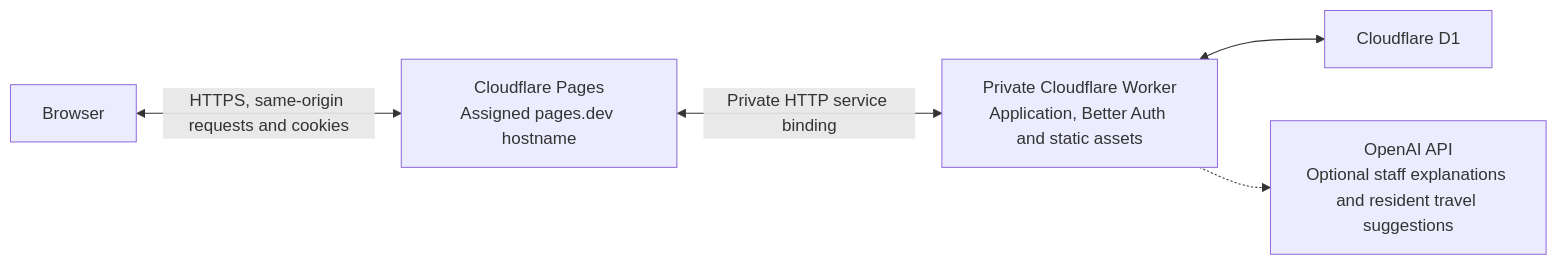
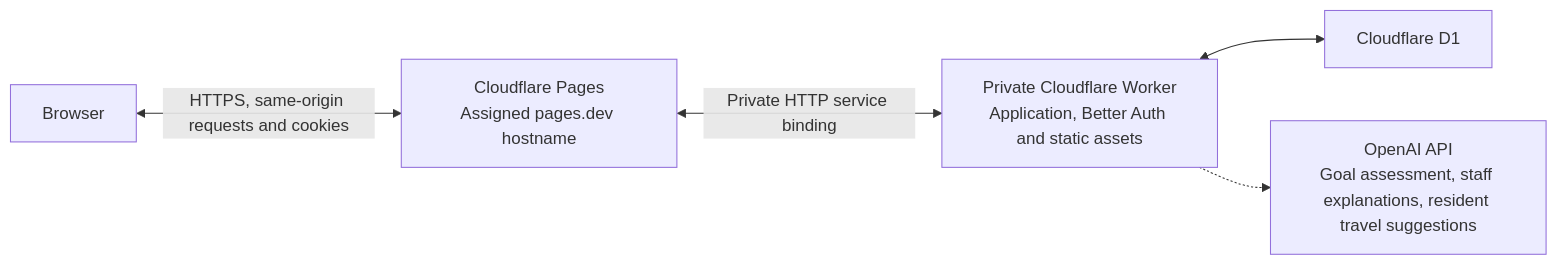
The diagram in doc/architecture.md (denis-barkov/block_fit_app), drawn with Mermaid before and after one commit. The commit also changed other lines of this file and 36 other files, not shown here.

````diff
--- a/doc/architecture.md
+++ b/doc/architecture.md
@@ -3,13 +3,13 @@
 ```mermaid
 flowchart LR
     browser["Browser"]
     pages["Cloudflare Pages<br/>Assigned pages.dev hostname"]
     worker["Private Cloudflare Worker<br/>Application, Better Auth and static assets"]
     d1["Cloudflare D1"]
-    openai["OpenAI API<br/>Optional staff explanations and resident travel suggestions"]
+    openai["OpenAI API<br/>Goal assessment, staff explanations, resident travel suggestions"]
 
     browser <-->|"HTTPS, same-origin requests and cookies"| pages
     pages <-->|"Private HTTP service binding"| worker
     worker <--> d1
     worker -.-> openai
 ```
````
